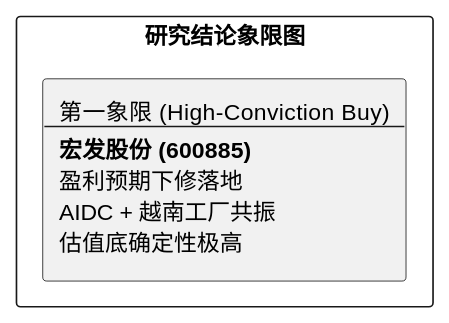
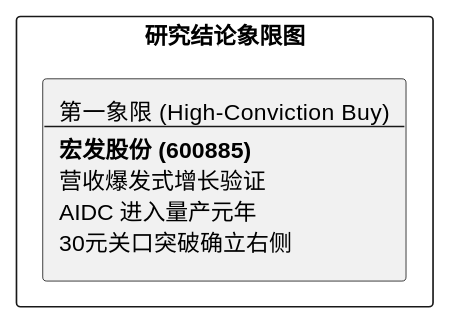
Before and after one commit to hrzzzrh/QuantPyLab: the diagram in investigation/equities/宏发股份/reports/研报章节七：投资摘要与风险因素.md, drawn with PlantUML. The commit also changed other lines of this file and 99 other files, not shown here.

````diff
--- a/investigation/equities/宏发股份/reports/研报章节七：投资摘要与风险因素.md
+++ b/investigation/equities/宏发股份/reports/研报章节七：投资摘要与风险因素.md
@@ -24,7 +24,7 @@
 ```plantuml
 @startuml
 rectangle "研究结论象限图" {
-    rectangle "第一象限 (High-Conviction Buy)\n--\n**宏发股份 (600885)**\n盈利预期下修落地\nAIDC + 越南工厂共振\n估值底确定性极高" as Q1
+    rectangle "第一象限 (High-Conviction Buy)\n--\n**宏发股份 (600885)**\n营收爆发式增长验证\nAIDC 进入量产元年\n30元关口突破确立右侧" as Q1
 }
 @enduml
 ```
````
